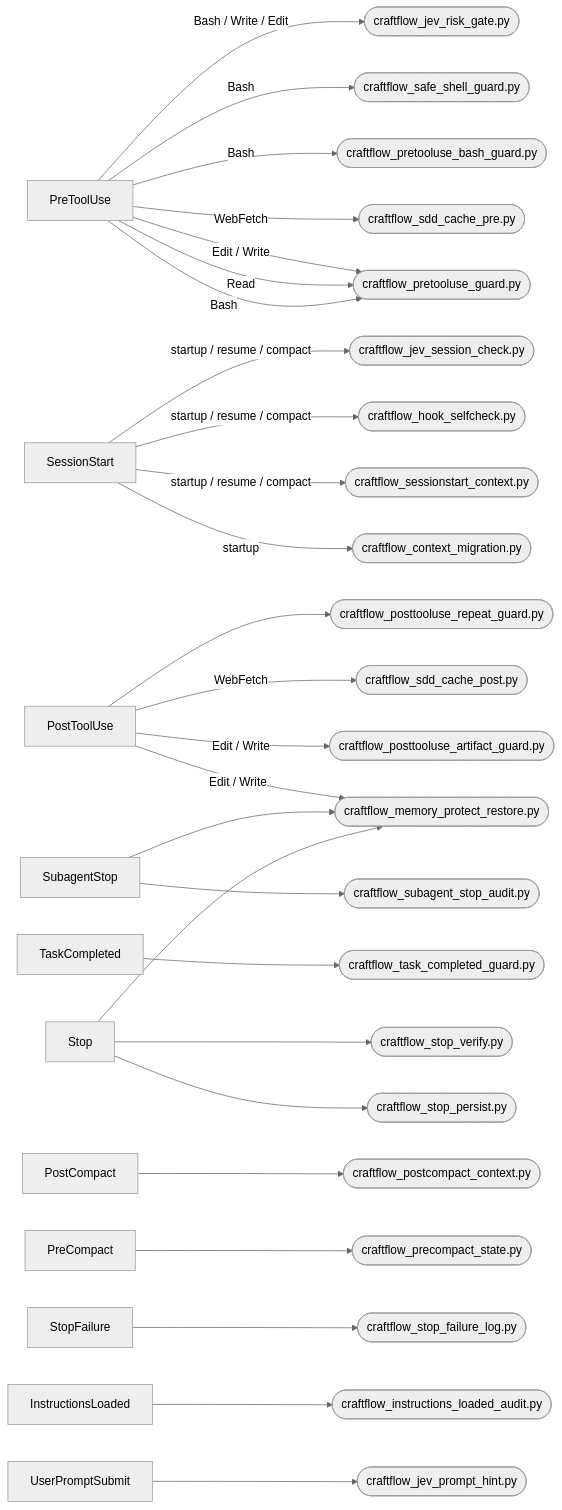
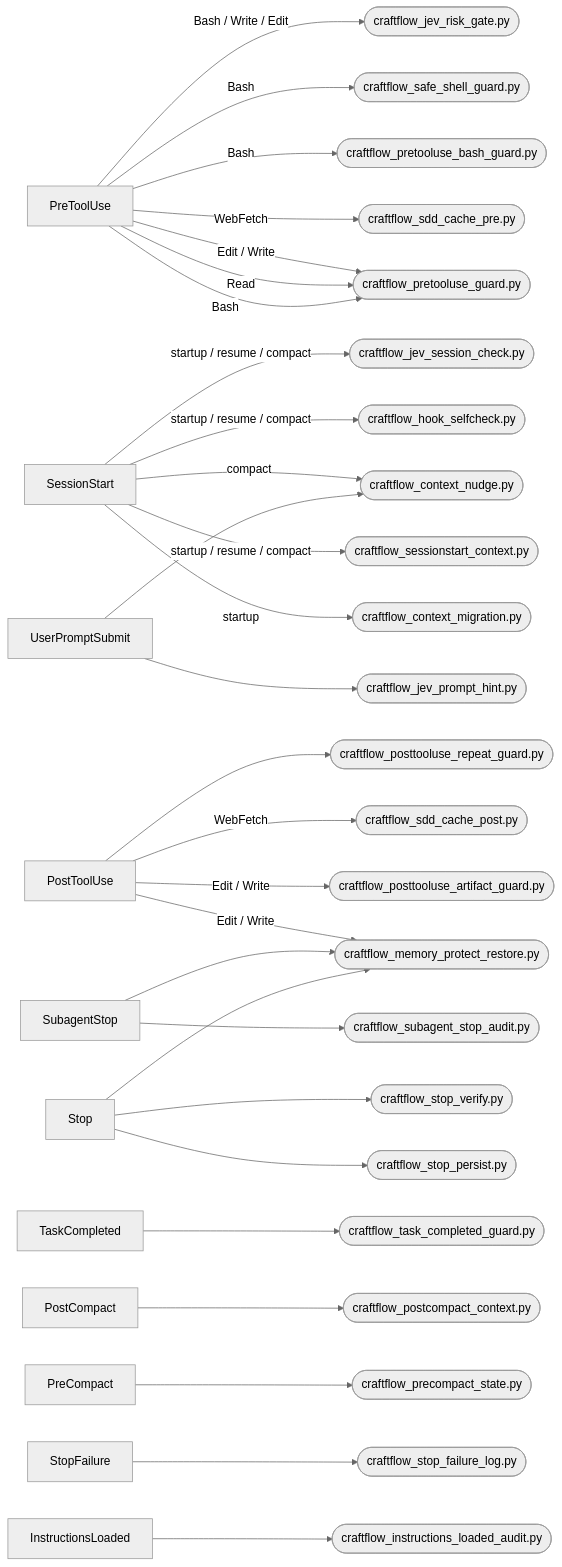
The first of 2 diagrams in plugins/craftflow/docs/generated/architecture.md (aicraft-sdk/craftflow), drawn with Mermaid (neutral theme) before and after one commit. The commit also changed other lines of this file and 6 other files, not shown here.

Commit message:
feat(craftflow): context-size nudge UserPromptSubmit hook + compact reset (audit by default)

````diff
--- a/plugins/craftflow/docs/generated/architecture.md
+++ b/plugins/craftflow/docs/generated/architecture.md
@@ -16,62 +16,65 @@
 ```mermaid
 flowchart LR
   event_PreToolUse["PreToolUse"]
   event_SessionStart["SessionStart"]
   event_PostToolUse["PostToolUse"]
   event_TaskCompleted["TaskCompleted"]
   event_PostCompact["PostCompact"]
   event_SubagentStop["SubagentStop"]
   event_PreCompact["PreCompact"]
   event_Stop["Stop"]
   event_StopFailure["StopFailure"]
   event_InstructionsLoaded["InstructionsLoaded"]
   event_UserPromptSubmit["UserPromptSubmit"]
   script_craftflow_pretooluse_guard_py(["craftflow_pretooluse_guard.py"])
   script_craftflow_sdd_cache_pre_py(["craftflow_sdd_cache_pre.py"])
   script_craftflow_pretooluse_bash_guard_py(["craftflow_pretooluse_bash_guard.py"])
   script_craftflow_safe_shell_guard_py(["craftflow_safe_shell_guard.py"])
   script_craftflow_jev_risk_gate_py(["craftflow_jev_risk_gate.py"])
   script_craftflow_context_migration_py(["craftflow_context_migration.py"])
   script_craftflow_sessionstart_context_py(["craftflow_sessionstart_context.py"])
   script_craftflow_hook_selfcheck_py(["craftflow_hook_selfcheck.py"])
   script_craftflow_jev_session_check_py(["craftflow_jev_session_check.py"])
+  script_craftflow_context_nudge_py(["craftflow_context_nudge.py"])
   script_craftflow_posttooluse_artifact_guard_py(["craftflow_posttooluse_artifact_guard.py"])
   script_craftflow_memory_protect_restore_py(["craftflow_memory_protect_restore.py"])
   script_craftflow_sdd_cache_post_py(["craftflow_sdd_cache_post.py"])
   script_craftflow_posttooluse_repeat_guard_py(["craftflow_posttooluse_repeat_guard.py"])
   script_craftflow_task_completed_guard_py(["craftflow_task_completed_guard.py"])
   script_craftflow_postcompact_context_py(["craftflow_postcompact_context.py"])
   script_craftflow_subagent_stop_audit_py(["craftflow_subagent_stop_audit.py"])
   script_craftflow_precompact_state_py(["craftflow_precompact_state.py"])
   script_craftflow_stop_persist_py(["craftflow_stop_persist.py"])
   script_craftflow_stop_verify_py(["craftflow_stop_verify.py"])
   script_craftflow_stop_failure_log_py(["craftflow_stop_failure_log.py"])
   script_craftflow_instructions_loaded_audit_py(["craftflow_instructions_loaded_audit.py"])
   script_craftflow_jev_prompt_hint_py(["craftflow_jev_prompt_hint.py"])
   event_PreToolUse -->|"Edit / Write"| script_craftflow_pretooluse_guard_py
   event_PreToolUse -->|"Read"| script_craftflow_pretooluse_guard_py
   event_PreToolUse -->|"WebFetch"| script_craftflow_sdd_cache_pre_py
   event_PreToolUse -->|"Bash"| script_craftflow_pretooluse_guard_py
   event_PreToolUse -->|"Bash"| script_craftflow_pretooluse_bash_guard_py
   event_PreToolUse -->|"Bash"| script_craftflow_safe_shell_guard_py
   event_PreToolUse -->|"Bash / Write / Edit"| script_craftflow_jev_risk_gate_py
   event_SessionStart -->|"startup"| script_craftflow_context_migration_py
   event_SessionStart -->|"startup / resume / compact"| script_craftflow_sessionstart_context_py
   event_SessionStart -->|"startup / resume / compact"| script_craftflow_hook_selfcheck_py
   event_SessionStart -->|"startup / resume / compact"| script_craftflow_jev_session_check_py
+  event_SessionStart -->|"compact"| script_craftflow_context_nudge_py
   event_PostToolUse -->|"Edit / Write"| script_craftflow_posttooluse_artifact_guard_py
   event_PostToolUse -->|"Edit / Write"| script_craftflow_memory_protect_restore_py
   event_PostToolUse -->|"WebFetch"| script_craftflow_sdd_cache_post_py
   event_PostToolUse --> script_craftflow_posttooluse_repeat_guard_py
   event_TaskCompleted --> script_craftflow_task_completed_guard_py
   event_PostCompact --> script_craftflow_postcompact_context_py
   event_SubagentStop --> script_craftflow_subagent_stop_audit_py
   event_SubagentStop --> script_craftflow_memory_protect_restore_py
   event_PreCompact --> script_craftflow_precompact_state_py
   event_Stop --> script_craftflow_stop_persist_py
   event_Stop --> script_craftflow_memory_protect_restore_py
   event_Stop --> script_craftflow_stop_verify_py
   event_StopFailure --> script_craftflow_stop_failure_log_py
   event_InstructionsLoaded --> script_craftflow_instructions_loaded_audit_py
   event_UserPromptSubmit --> script_craftflow_jev_prompt_hint_py
+  event_UserPromptSubmit --> script_craftflow_context_nudge_py
 ```
````
